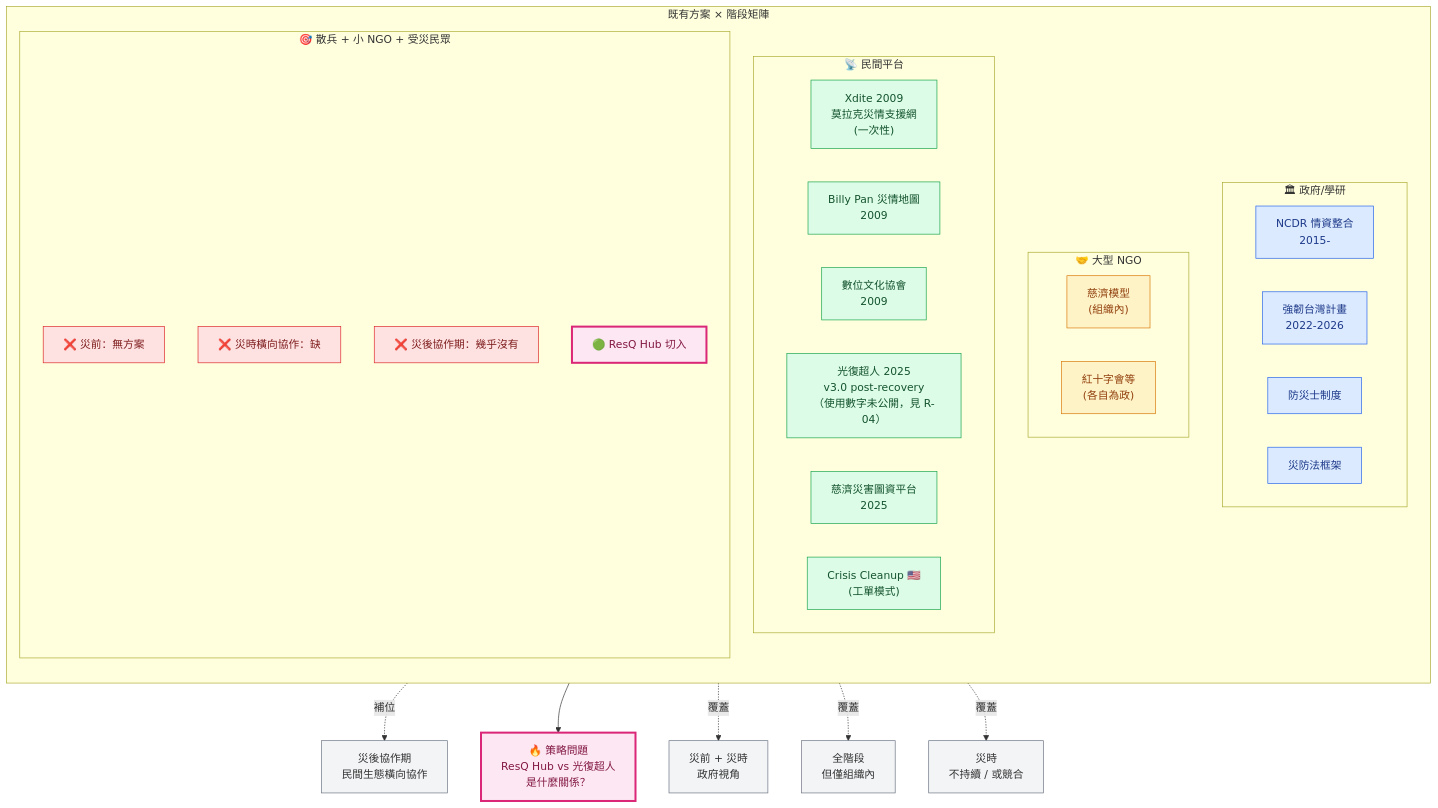
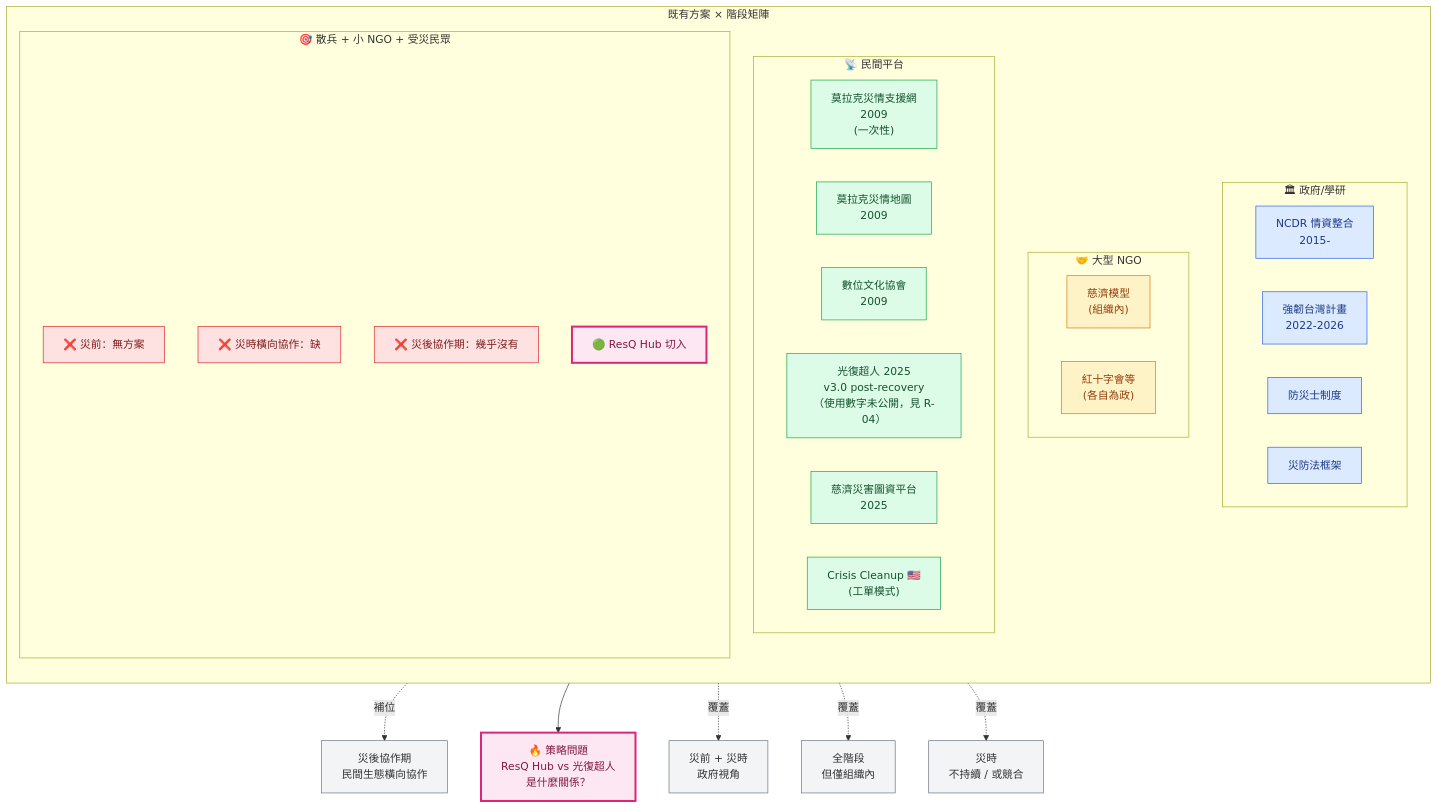
Before and after one commit to BasilHsieh/resq-hub: the fifth of 8 diagrams in ARCHITECTURE.md, drawn with Mermaid. The commit also changed 42 other files, not shown here.

````diff
--- a/ARCHITECTURE.md
+++ b/ARCHITECTURE.md
@@ -402,64 +402,64 @@
 ```mermaid
 flowchart TB
     subgraph MATRIX["既有方案 × 階段矩陣"]
         direction TB
 
         subgraph G["🏛 政府/學研"]
             G1["NCDR 情資整合<br/>2015-"]:::gov
             G2["強韌台灣計畫<br/>2022-2026"]:::gov
             G3["防災士制度"]:::gov
             G4["災防法框架"]:::gov
         end
 
         subgraph NGO["🤝 大型 NGO"]
             NGO1["慈濟模型<br/>(組織內)"]:::ngo
             NGO2["紅十字會等<br/>(各自為政)"]:::ngo
         end
 
         subgraph CIV["📡 民間平台"]
-            CIV1["Xdite 2009<br/>莫拉克災情支援網<br/>(一次性)"]:::civ
-            CIV2["Billy Pan 災情地圖<br/>2009"]:::civ
+            CIV1["莫拉克災情支援網<br/>2009<br/>(一次性)"]:::civ
+            CIV2["莫拉克災情地圖<br/>2009"]:::civ
             CIV3["數位文化協會<br/>2009"]:::civ
             CIV4["光復超人 2025<br/>v3.0 post-recovery<br/>（使用數字未公開，見 R-04）"]:::civ
             CIV5["慈濟災害圖資平台<br/>2025"]:::civ
             CIV6["Crisis Cleanup 🇺🇸<br/>(工單模式)"]:::civ
         end
 
         subgraph GAP["🎯 散兵 + 小 NGO + 受災民眾"]
             GAP1["❌ 災前：無方案"]:::gap
             GAP2["❌ 災時橫向協作：缺"]:::gap
             GAP3["❌ 災後協作期：幾乎沒有"]:::gap
             HUB["🟢 ResQ Hub 切入"]:::hub
         end
     end
 
     G -.覆蓋.-> ST1["災前 + 災時<br/>政府視角"]
     NGO -.覆蓋.-> ST2["全階段<br/>但僅組織內"]
     CIV -.覆蓋.-> ST3["災時<br/>不持續 / 或競合"]
     HUB -.補位.-> ST4["災後協作期<br/>民間生態橫向協作"]
 
     HUB --> Q["🔥 策略問題<br/>ResQ Hub vs 光復超人<br/>是什麼關係？"]
 
     classDef gov fill:#dbeafe,stroke:#2563eb,color:#1e3a8a
     classDef ngo fill:#fef3c7,stroke:#d97706,color:#92400e
     classDef civ fill:#dcfce7,stroke:#16a34a,color:#14532d
     classDef gap fill:#fee2e2,stroke:#dc2626,color:#7f1d1d
     classDef hub fill:#fce7f3,stroke:#db2777,color:#831843,stroke-width:3px
     classDef stage fill:#f3f4f6,stroke:#6b7280
     class ST1,ST2,ST3,ST4 stage
     class Q hub
 
     click G1 "knowledge/context/數位化平台論文_2019.md" "NCDR 計畫詳細分析"
     click G2 "knowledge/context/強韌台灣計畫_2022.md" "強韌台灣計畫整理"
     click G3 "knowledge/context/強韌台灣計畫_2022.md" "防災士制度（屬強韌台灣子計畫）"
     click G4 "knowledge/context/謝志強災害防救法_2014.md" "災防法的法理分析"
     click NGO1 "knowledge/context/慈濟莫拉克教育援助志工_2013.md" "慈濟動員模型"
-    click CIV1 "knowledge/context/鄭宇君社群媒體公民參與_2014.md" "Xdite 莫拉克災情支援網案例"
-    click CIV2 "knowledge/context/鄭宇君社群媒體公民參與_2014.md" "Billy Pan 災情地圖案例"
+    click CIV1 "knowledge/context/鄭宇君社群媒體公民參與_2014.md" "莫拉克災情支援網案例"
+    click CIV2 "knowledge/context/鄭宇君社群媒體公民參與_2014.md" "莫拉克災情地圖案例"
     click CIV3 "knowledge/context/鄭宇君社群媒體公民參與_2014.md" "數位文化協會案例"
     click CIV4 "knowledge/context/馬太鞍溪實際使用工具盤點_2025.md" "光復超人現況"
     click CIV5 "knowledge/context/馬太鞍溪實際使用工具盤點_2025.md" "慈濟災害圖資平台"
     click CIV6 "knowledge/context/國外志工協作平台與實務_2026.md" "Crisis Cleanup 工單模式"
     click HUB "knowledge/framework/戰略定位.md" "ResQ Hub 切入點定位"
     click Q "knowledge/context/馬太鞍溪實際使用工具盤點_2025.md" "ResQ Hub vs 光復超人策略問題"
 ```
````
